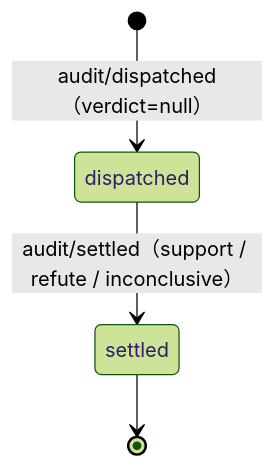
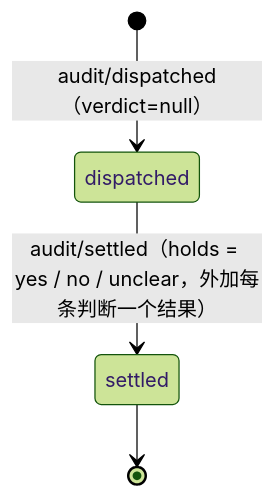
Before and after one commit to Clearailhc/clearai-dsh: the sixth of 11 diagrams in docs/optimization/state-machines.zh-CN.md, drawn with Mermaid (forest theme). The commit also changed other lines of this file and 42 other files, not shown here.

````diff
--- a/docs/optimization/state-machines.zh-CN.md
+++ b/docs/optimization/state-machines.zh-CN.md
@@ -129,6 +126,6 @@
 ```mermaid
 stateDiagram-v2
     [*] --> dispatched: audit/dispatched（verdict=null）
-    dispatched --> settled: audit/settled（support / refute / inconclusive）
+    dispatched --> settled: audit/settled（holds = yes / no / unclear，外加每条判断一个结果）
     settled --> [*]
 ```
````
